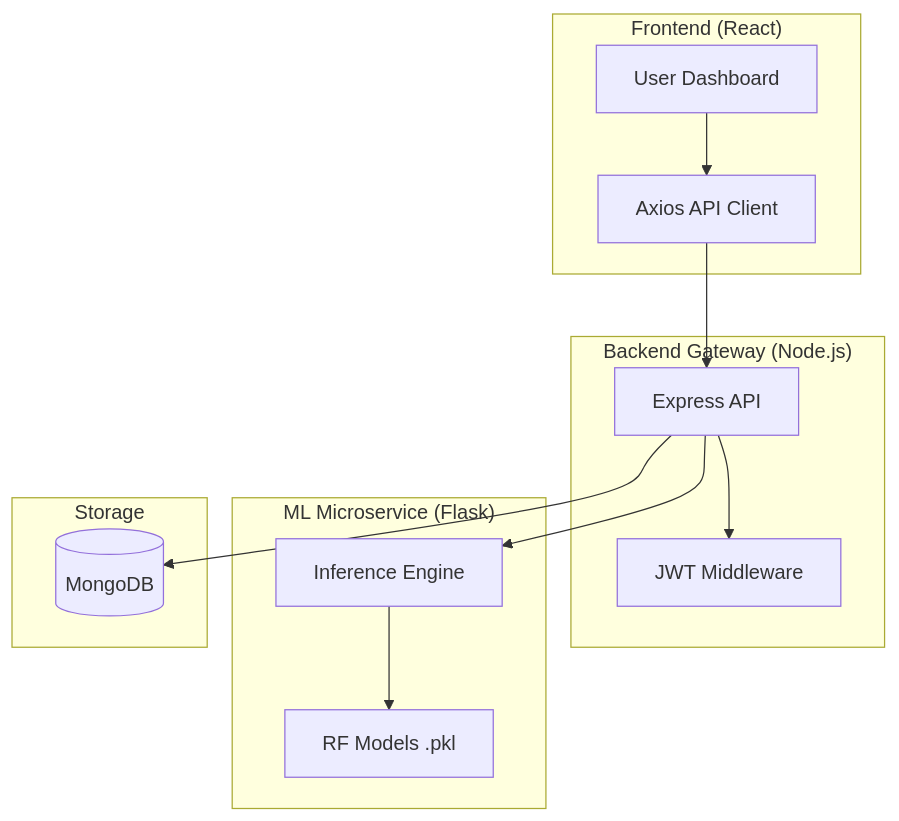
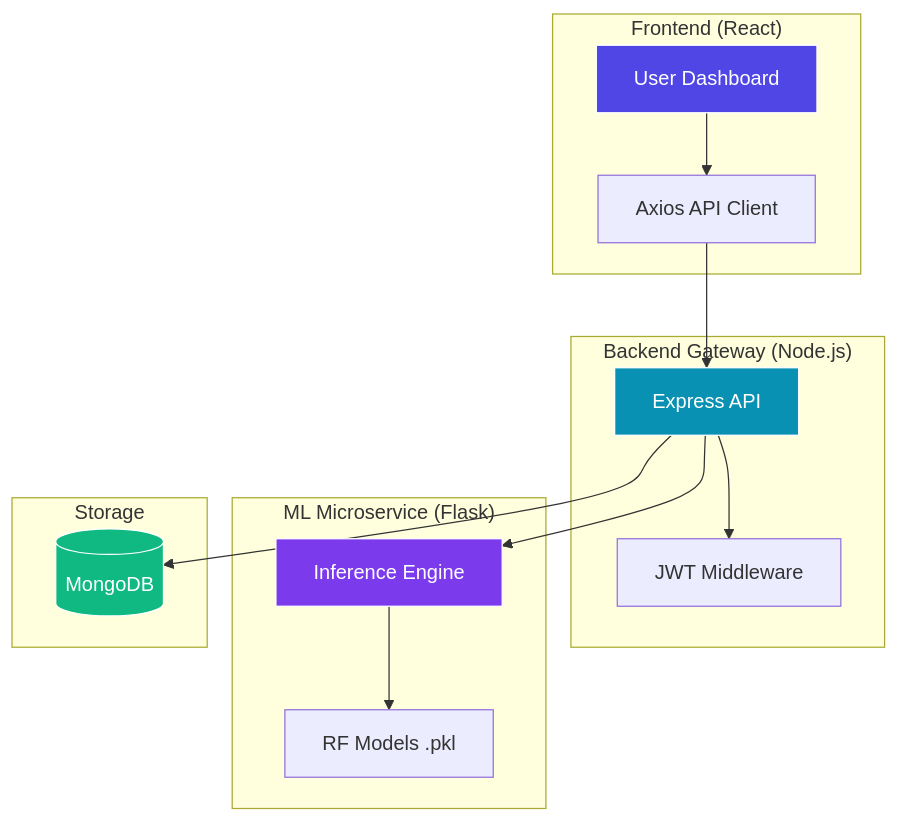
One commit to dhanush106/Student-Performance-Prediction-System changed the second of 6 diagrams in README.md. Above: the diagram before and after it, drawn with Mermaid. The commit also changed other lines of this file, not shown here.

Commit message:
Add Other Diagrams

````diff
--- a/README.md
+++ b/README.md
@@ -86,17 +127,25 @@
 ```mermaid
 graph TD
     subgraph "Frontend (React)"
         A[User Dashboard] --> B[Axios API Client]
     end
+
     subgraph "Backend Gateway (Node.js)"
         B --> C[Express API]
         C --> D[JWT Middleware]
     end
+
     subgraph "ML Microservice (Flask)"
         C --> E[Inference Engine]
         E --> F[RF Models .pkl]
     end
+
     subgraph "Storage"
         C --> G[(MongoDB)]
     end
+
+    style A fill:#4f46e5,stroke:#fff,color:#fff
+    style C fill:#0891b2,stroke:#fff,color:#fff
+    style E fill:#7c3aed,stroke:#fff,color:#fff
+    style G fill:#10b981,stroke:#fff,color:#fff
 ```
````
